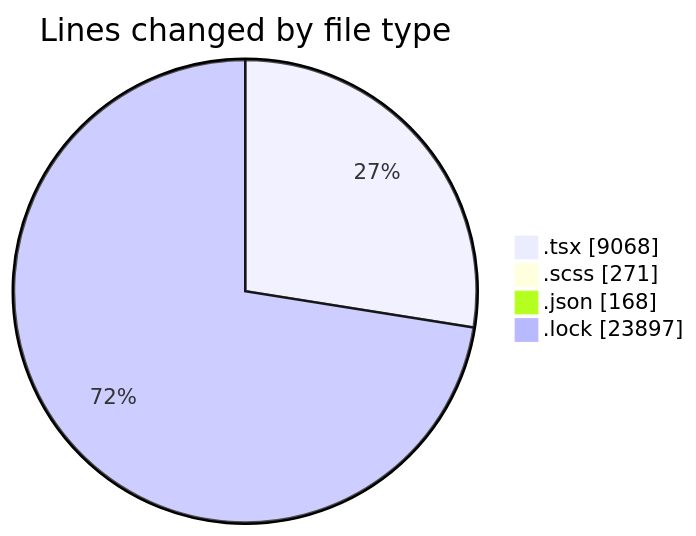
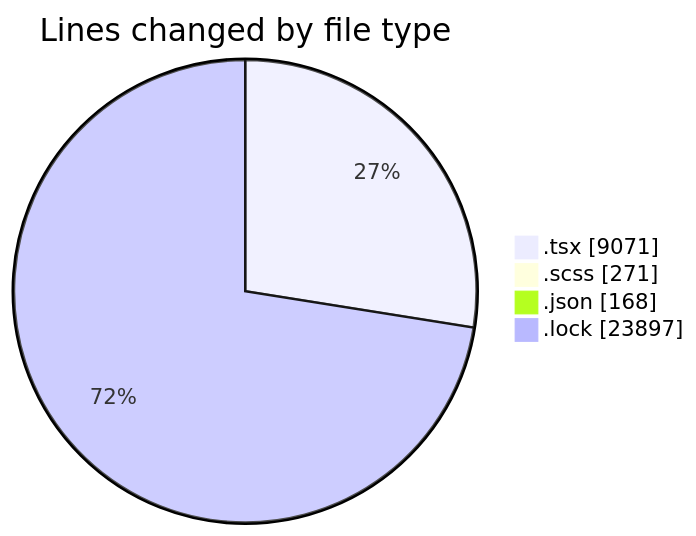
The first of 2 diagrams in 2025-11-18/cda/README.md (momahboobian/code-tracking), drawn with Mermaid before and after one commit. The commit also changed other lines of this file and 1 other file, not shown here.

````diff
--- a/2025-11-18/cda/README.md
+++ b/2025-11-18/cda/README.md
@@ -36,8 +36,8 @@
 ```mermaid
 pie showData
 title Lines changed by file type
-".tsx" : 9068
+".tsx" : 9071
 ".scss" : 271
 ".json" : 168
 ".lock" : 23897
 ```
````
